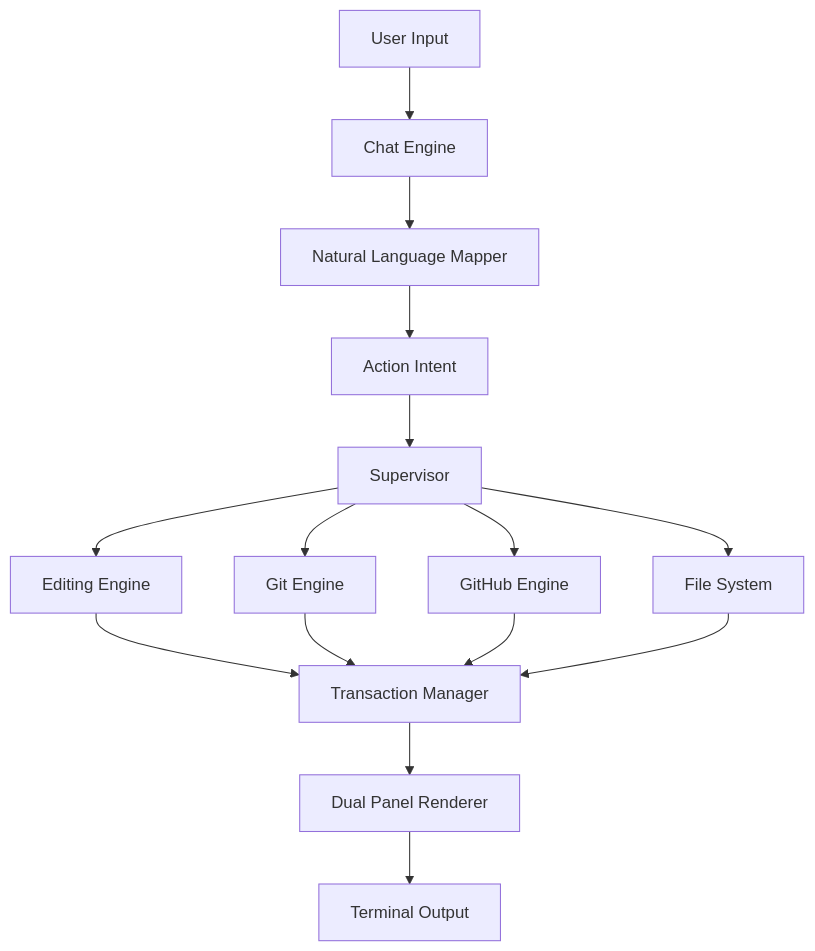
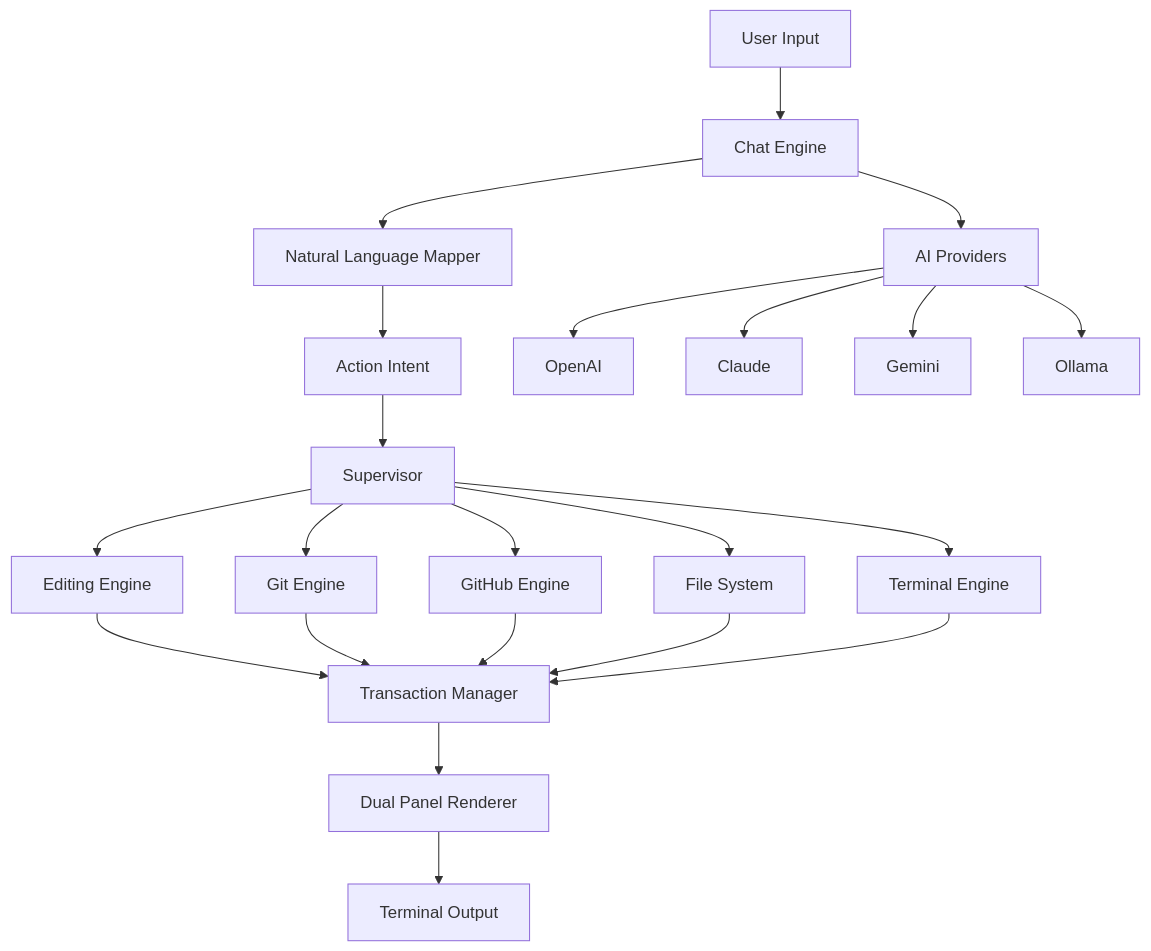
Before and after one commit to NikanEidi/GitVisionCLI: the diagram in README.md, drawn with Mermaid. The commit also changed other lines of this file and 10 other files, not shown here.

````diff
--- a/README.md
+++ b/README.md
@@ -358,17 +510,25 @@
 ```mermaid
 graph TB
     A[User Input] --> B[Chat Engine]
     B --> C[Natural Language Mapper]
     C --> D[Action Intent]
     D --> E[Supervisor]
     E --> F1[Editing Engine]
     E --> F2[Git Engine]
     E --> F3[GitHub Engine]
     E --> F4[File System]
+    E --> F5[Terminal Engine]
     F1 --> G[Transaction Manager]
     F2 --> G
     F3 --> G
     F4 --> G
+    F5 --> G
     G --> H[Dual Panel Renderer]
     H --> I[Terminal Output]
+    
+    B --> J[AI Providers]
+    J --> K[OpenAI]
+    J --> L[Claude]
+    J --> M[Gemini]
+    J --> N[Ollama]
 ```
````
